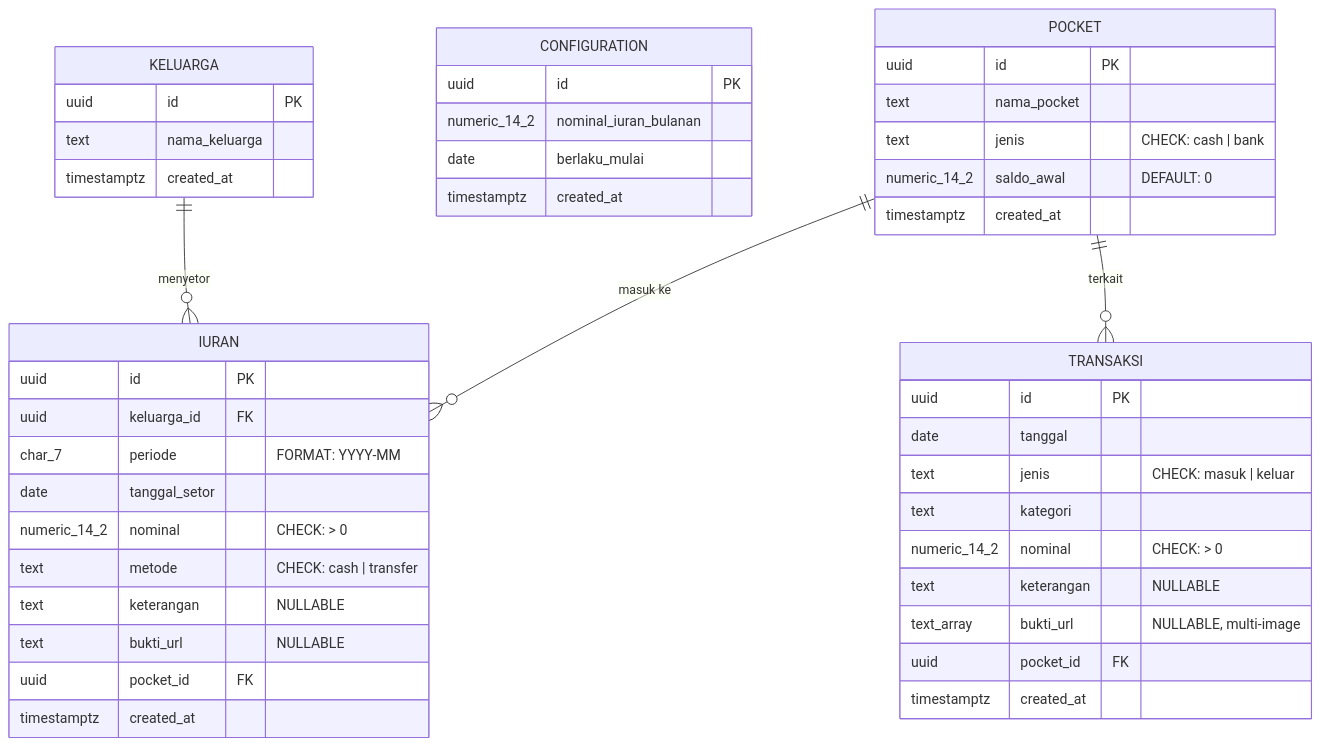
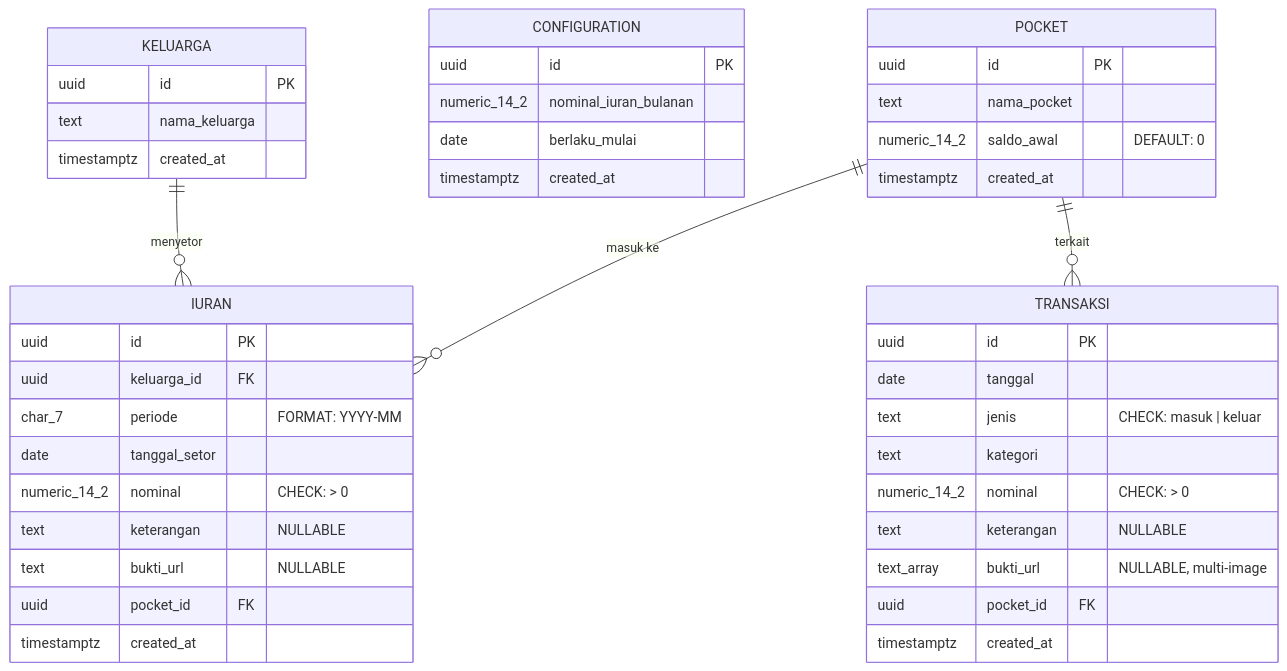
The second of 4 diagrams in AGENTS.md (Mazees/iskandar-pocket), drawn with Mermaid before and after one commit. The commit also changed other lines of this file and 1 other file, not shown here.

````diff
--- a/AGENTS.md
+++ b/AGENTS.md
@@ -292,48 +295,46 @@
 ```mermaid
 erDiagram
     KELUARGA {
         uuid id PK
         text nama_keluarga
         timestamptz created_at
     }
     CONFIGURATION {
         uuid id PK
         numeric_14_2 nominal_iuran_bulanan
         date berlaku_mulai
         timestamptz created_at
     }
     POCKET {
         uuid id PK
         text nama_pocket
-        text jenis "CHECK: cash | bank"
         numeric_14_2 saldo_awal "DEFAULT: 0"
         timestamptz created_at
     }
     IURAN {
         uuid id PK
         uuid keluarga_id FK
         char_7 periode "FORMAT: YYYY-MM"
         date tanggal_setor
         numeric_14_2 nominal "CHECK: > 0"
-        text metode "CHECK: cash | transfer"
         text keterangan "NULLABLE"
         text bukti_url "NULLABLE"
         uuid pocket_id FK
         timestamptz created_at
     }
     TRANSAKSI {
         uuid id PK
         date tanggal
         text jenis "CHECK: masuk | keluar"
         text kategori
         numeric_14_2 nominal "CHECK: > 0"
         text keterangan "NULLABLE"
         text_array bukti_url "NULLABLE, multi-image"
         uuid pocket_id FK
         timestamptz created_at
     }
 
     KELUARGA ||--o{ IURAN : "menyetor"
     POCKET ||--o{ IURAN : "masuk ke"
     POCKET ||--o{ TRANSAKSI : "terkait"
 ```
````
